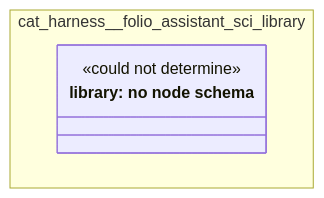
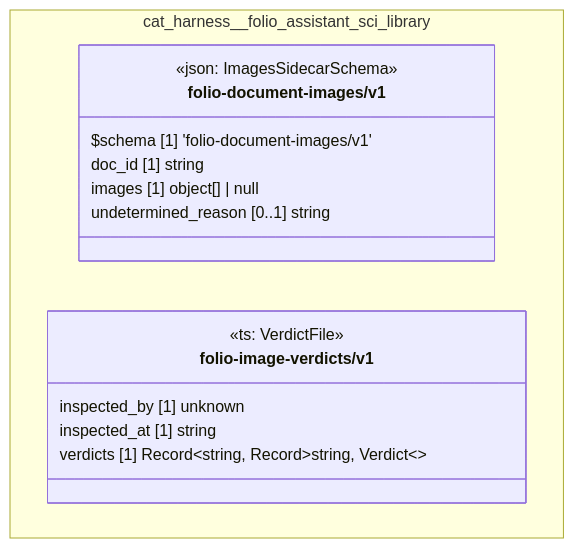
One commit to litlfred/folio-assistant changed the diagram in cat-harness/docs/uml/overview/cat-harness/folio-assistant-sci-library.md. Above: the diagram before and after it, drawn with Mermaid. The commit also changed other lines of this file and 220 other files, not shown here.

First line of the commit message:
quda: register node schemas for the graph kinds that had none

````diff
--- a/cat-harness/docs/uml/overview/cat-harness/folio-assistant-sci-library.md
+++ b/cat-harness/docs/uml/overview/cat-harness/folio-assistant-sci-library.md
@@ -12,11 +12,21 @@
 ```mermaid
 classDiagram
   direction TB
   namespace cat_harness__folio_assistant_sci_library {
-    class n_cat_harness_folio_assistant_sci_library_library["library: no node schema"] {
-      <<could not determine>>
+    class cat_harness_folio_assistant_sci_library_folio_document_images_v1_folio_document_images_v1["folio-document-images/v1"] {
+      <<json: ImagesSidecarSchema>>
+      $schema [1] 'folio-document-images/v1'
+      doc_id [1] string
+      images [1] object[] | null
+      undetermined_reason [0..1] string
+    }
+    class cat_harness_folio_assistant_sci_library_folio_image_verdicts_v1["folio-image-verdicts/v1"] {
+      <<ts: VerdictFile>>
+      inspected_by [1] unknown
+      inspected_at [1] string
+      verdicts [1] Record~string, Record~string, Verdict~~
     }
   }
-  cssClass "n_cat_harness_folio_assistant_sci_library_library" fa_uml_kind_library
-  cssClass "n_cat_harness_folio_assistant_sci_library_library" fa_uml_undetermined
+  cssClass "cat_harness_folio_assistant_sci_library_folio_document_images_v1_folio_document_images_v1" fa_uml_kind_library
+  cssClass "cat_harness_folio_assistant_sci_library_folio_image_verdicts_v1" fa_uml_kind_library
 ```
````
